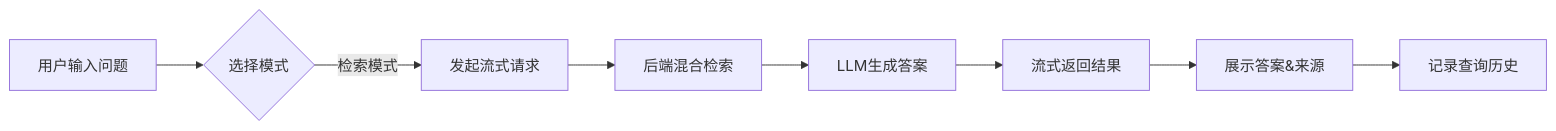
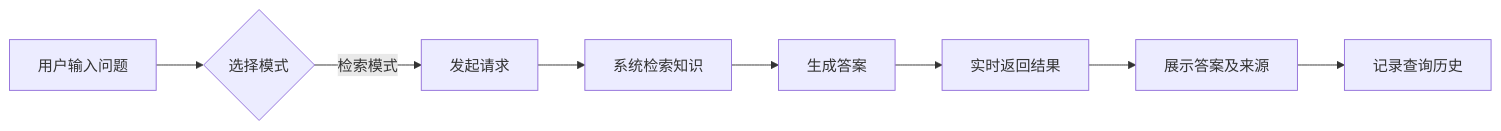
One commit to joychen295/AI--- changed the first of 2 diagrams in 需求文档/G-中台需求文档/辰极智脑-知识库查询需求说明书_V1.0.md. Above: the diagram before and after it, drawn with Mermaid. The commit also changed other lines of this file and 5 other files, not shown here.

````diff
--- a/需求文档/G-中台需求文档/辰极智脑-知识库查询需求说明书_V1.0.md
+++ b/需求文档/G-中台需求文档/辰极智脑-知识库查询需求说明书_V1.0.md
@@ -51,10 +50,10 @@
 ```mermaid
 graph LR
     A[用户输入问题] --> B{选择模式}
-    B -- 检索模式 --> C[发起流式请求]
-    C --> D[后端混合检索]
-    D --> E[LLM生成答案]
-    E --> F[流式返回结果]
-    F --> G[展示答案&来源]
+    B -- 检索模式 --> C[发起请求]
+    C --> D[系统检索知识]
+    D --> E[生成答案]
+    E --> F[实时返回结果]
+    F --> G[展示答案及来源]
     G --> H[记录查询历史]
 ```
````
